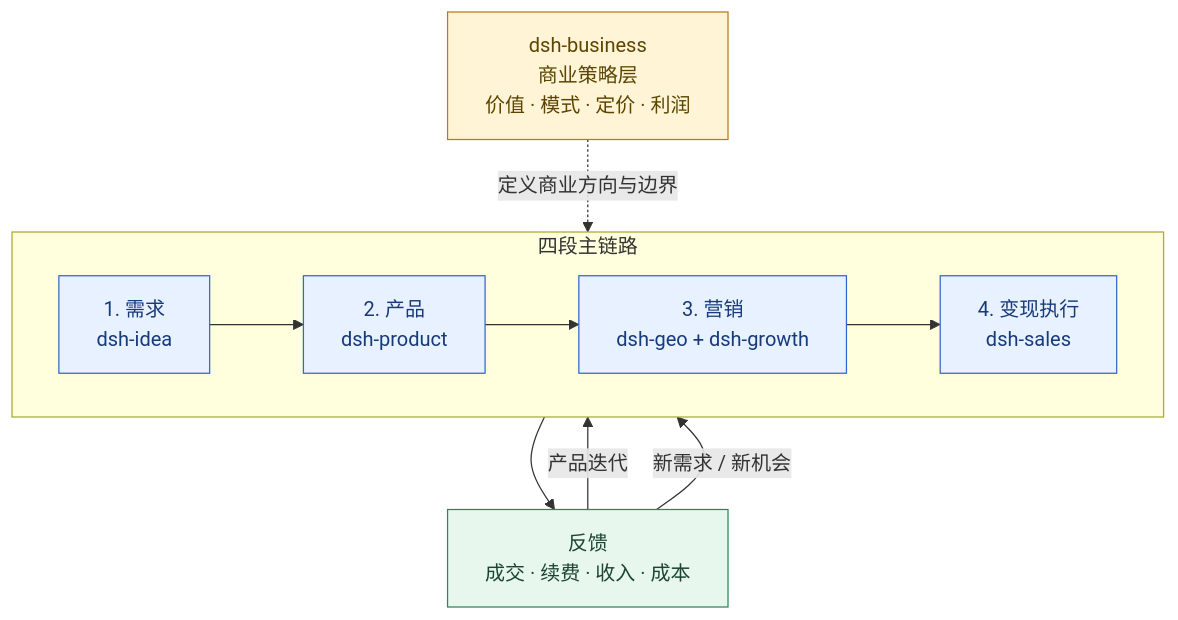
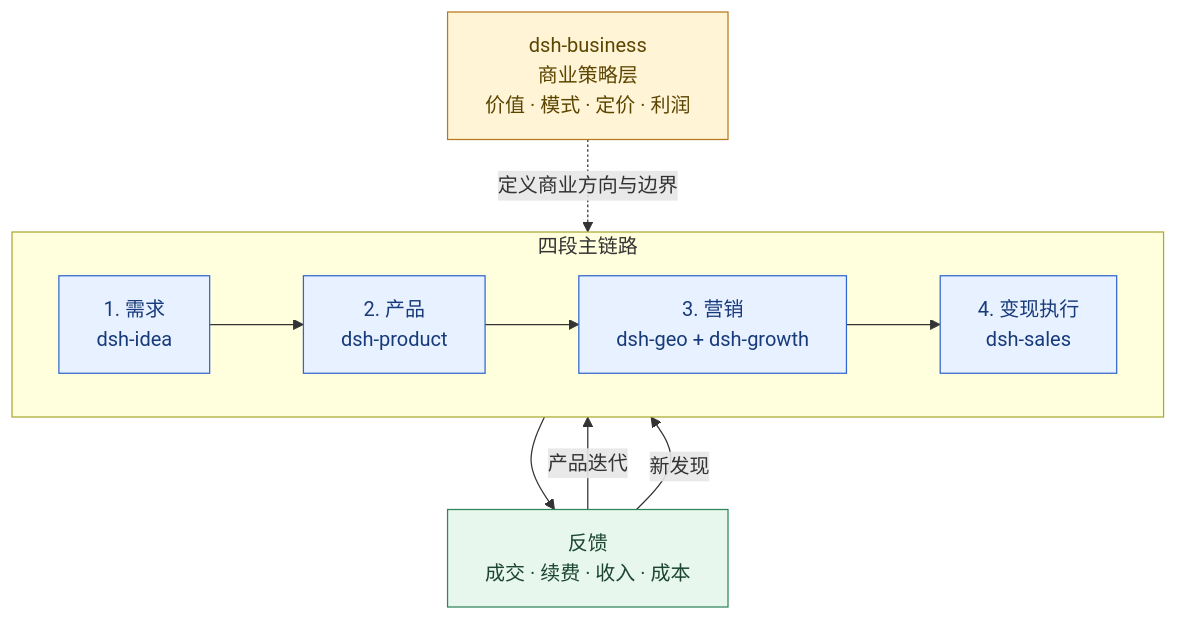
One commit to winyh/dsh-growth changed the diagram in README.zh.md. Above: the diagram before and after it, drawn with Mermaid. The commit also changed 1 other file, not shown here.

Commit message:
docs: standardize new discovery architecture labels

````diff
--- a/README.zh.md
+++ b/README.zh.md
@@ -13,23 +13,23 @@
 ```mermaid
 flowchart TB
     S["dsh-business<br/>商业策略层<br/>价值 · 模式 · 定价 · 利润"]
 
     subgraph MAIN["四段主链路"]
         direction LR
         A["1. 需求<br/>dsh-idea"] --> B["2. 产品<br/>dsh-product"]
         B --> C["3. 营销<br/>dsh-geo + dsh-growth"]
         C --> D["4. 变现执行<br/>dsh-sales"]
     end
 
     S -. "定义商业方向与边界" .-> A
     D --> R["反馈<br/>成交 · 续费 · 收入 · 成本"]
     R -->|产品迭代| B
-    R -->|新需求 / 新机会| A
+    R -->|新发现| A
 
     classDef strategy fill:#FFF4D6,stroke:#B7791F,color:#5C4500
     classDef stage fill:#E8F1FF,stroke:#3366CC,color:#173A7A
     classDef feedback fill:#E8F7EE,stroke:#2F855A,color:#1C4532
     class S strategy
     class A,B,C,D stage
     class R feedback
 ```
````
